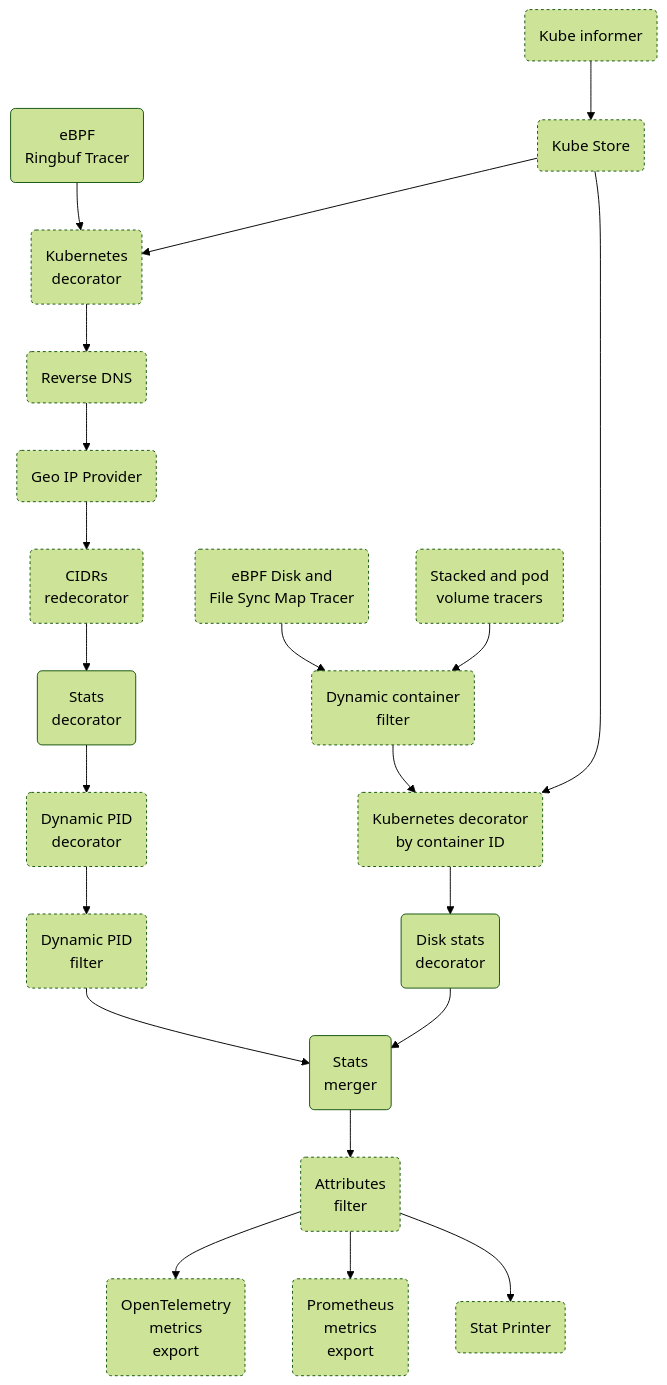
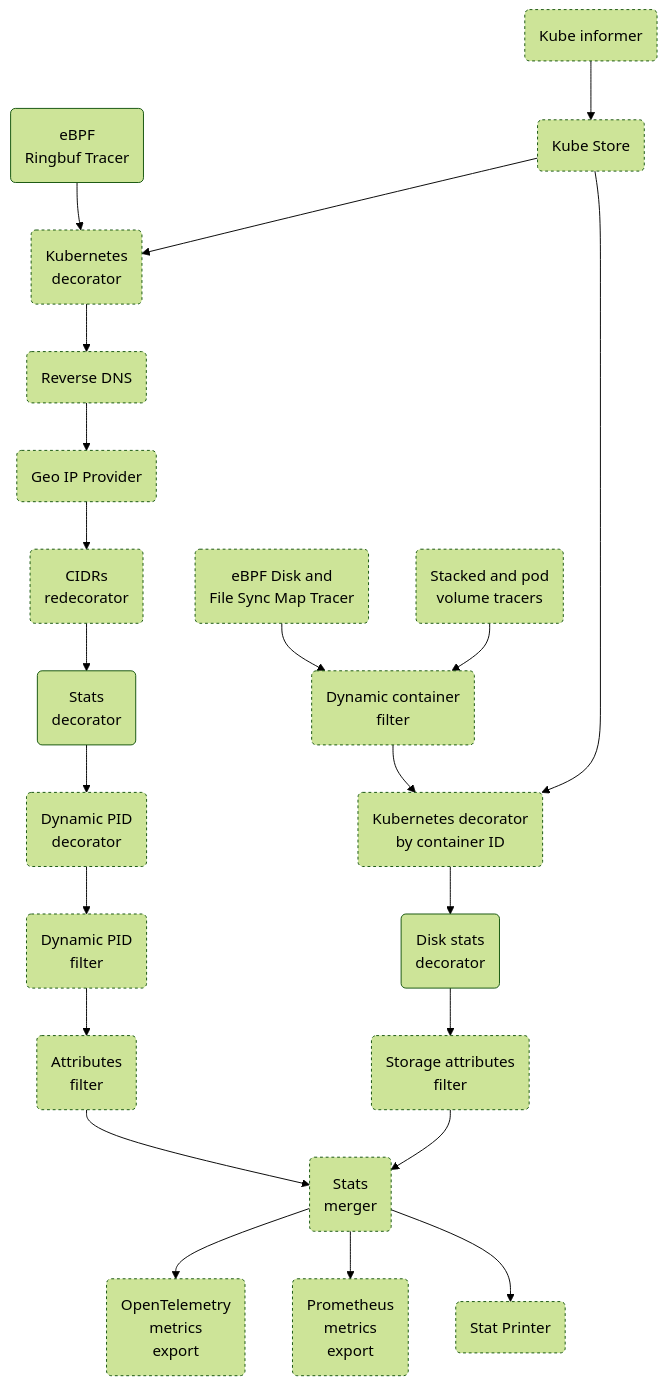
One commit to TheDwingMAN/opentelemetry-ebpf-instrumentation changed the third of 3 diagrams in devdocs/pipeline-map.md. Above: the diagram before and after it, drawn with Mermaid (forest theme). The commit also changed 6 other files, not shown here.

First line of the commit message:
statsolly: filter the TCP stats as upstream does, and the storage stats apart

````diff
--- a/devdocs/pipeline-map.md
+++ b/devdocs/pipeline-map.md
@@ -103,24 +103,25 @@
 ```mermaid
 flowchart TD
     classDef optional stroke-dasharray: 3 3;
     RT(eBPF<br/>Ringbuf Tracer) --> K8S
     KIN(Kube informer):::optional --> KSTORE
     KSTORE(Kube Store):::optional --> K8S
     K8S(Kubernetes<br/>decorator):::optional --> RDNS
     RDNS(Reverse DNS):::optional --> GeoIP
     GeoIP(Geo IP Provider):::optional --> CIDRS
     CIDRS(CIDRs<br/>redecorator):::optional --> DEC
     DEC(Stats<br/>decorator) --> DPD
     DPD(Dynamic PID<br/>decorator):::optional --> DPF
-    DPF(Dynamic PID<br/>filter):::optional --> MRG
+    DPF(Dynamic PID<br/>filter):::optional --> FLTR
+    FLTR(Attributes<br/>filter):::optional --> MRG
     DMT(eBPF Disk and<br/>File Sync Map Tracer):::optional --> DCF
     VT(Stacked and pod<br/>volume tracers):::optional --> DCF
     DCF(Dynamic container<br/>filter):::optional --> DK8S
     KSTORE --> DK8S
     DK8S(Kubernetes decorator<br/>by container ID):::optional --> DDEC
-    DDEC(Disk stats<br/>decorator) --> MRG
-    MRG(Stats<br/>merger) --> FLTR
-    FLTR(Attributes<br/>filter):::optional --> OTEL(OpenTelemetry<br/>metrics<br/>export):::optional
-    FLTR --> PROM(Prometheus<br/>metrics<br/>export):::optional
-    FLTR --> StatPrinter(Stat Printer):::optional
+    DDEC(Disk stats<br/>decorator) --> SFLTR
+    SFLTR(Storage attributes<br/>filter):::optional --> MRG
+    MRG(Stats<br/>merger):::optional --> OTEL(OpenTelemetry<br/>metrics<br/>export):::optional
+    MRG --> PROM(Prometheus<br/>metrics<br/>export):::optional
+    MRG --> StatPrinter(Stat Printer):::optional
 ```
````
